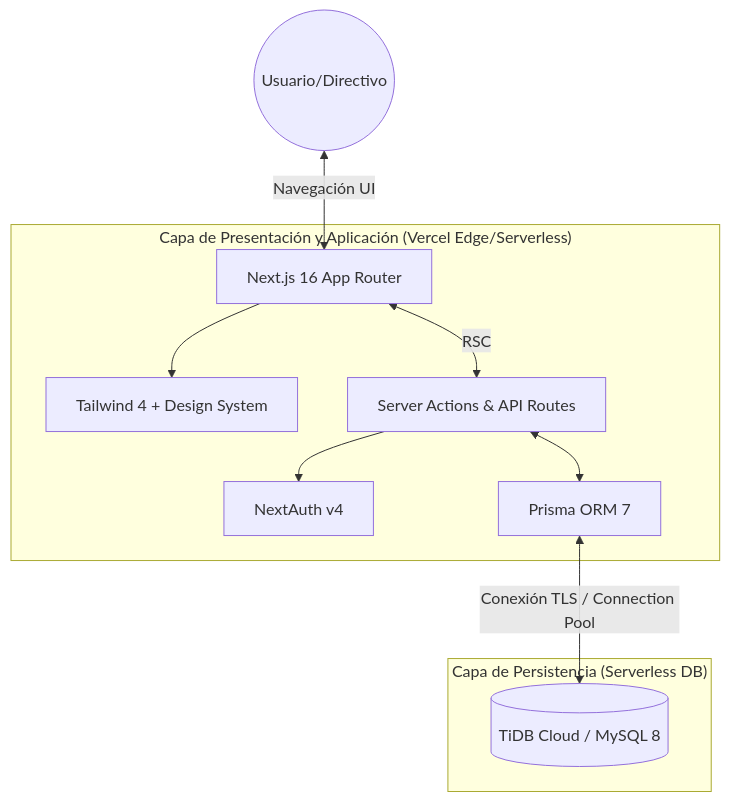
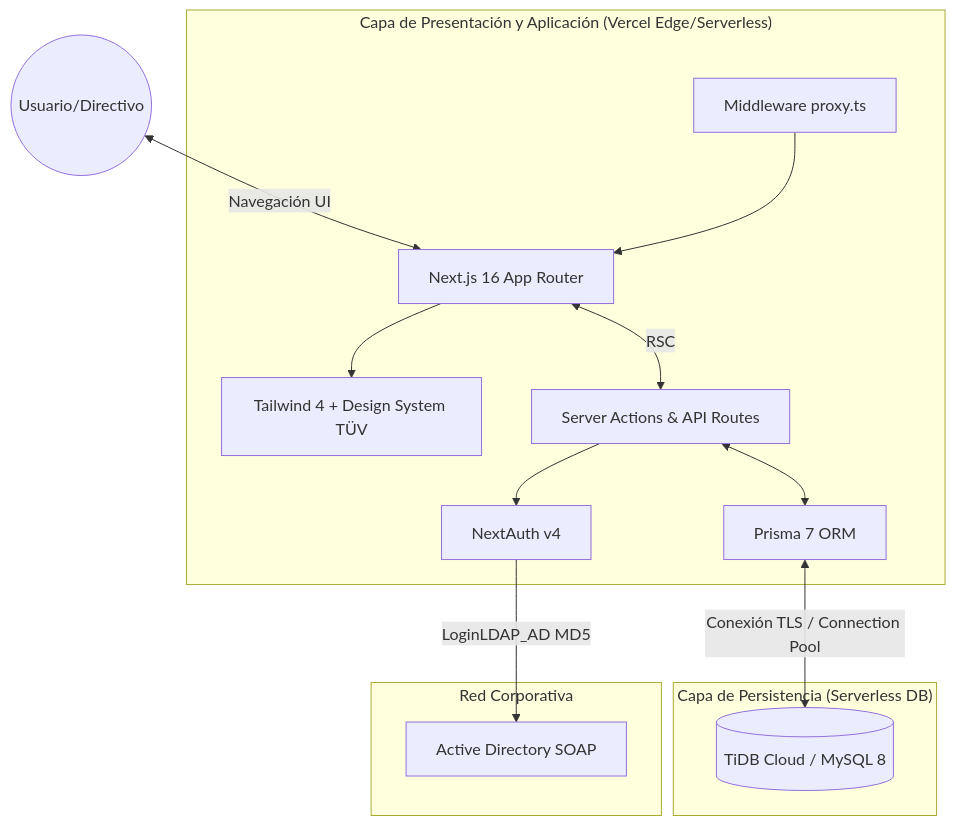
Before and after one commit to luisdefrutos/focus-plataforma-tfm: the diagram in README.md, drawn with Mermaid. The commit also changed other lines of this file, not shown here.

````diff
--- a/README.md
+++ b/README.md
@@ -69,26 +74,29 @@
 ```mermaid
 graph TD
-    %% Usuarios y Clientes
     U((Usuario/Directivo)) <-->|Navegación UI| F
 
-    %% Frontend (Vercel)
     subgraph "Capa de Presentación y Aplicación (Vercel Edge/Serverless)"
         F[Next.js 16 App Router]
-        UI[Tailwind 4 + Design System]
+        UI[Tailwind 4 + Design System TÜV]
         API[Server Actions & API Routes]
         Auth[NextAuth v4]
-        ORM[Prisma ORM 7]
+        ORM[Prisma 7 ORM]
+        MW[Middleware proxy.ts]
     end
 
-    %% Infraestructura y Datos (TiDB Cloud)
     subgraph "Capa de Persistencia (Serverless DB)"
         DB[(TiDB Cloud / MySQL 8)]
     end
 
-    %% Relaciones
+    subgraph "Red Corporativa"
+        AD[Active Directory SOAP]
+    end
+
     F <-->|RSC| API
     F --> UI
+    MW --> F
     API --> Auth
+    Auth -->|LoginLDAP_AD MD5| AD
     API <--> ORM
     ORM <-->|Conexión TLS / Connection Pool| DB
 ```
````
